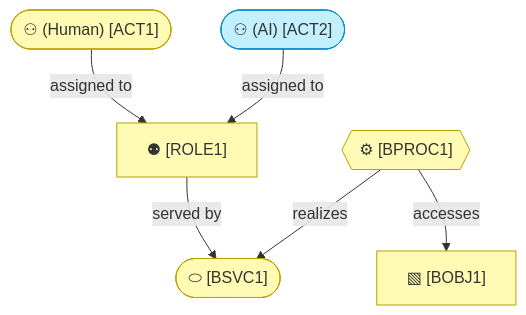
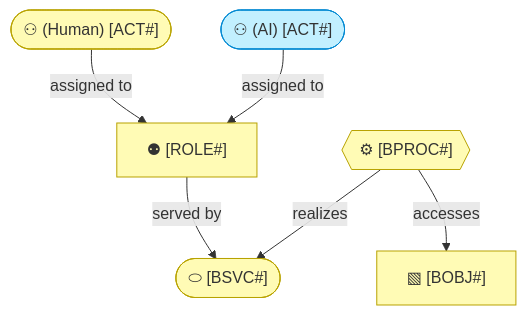
Before and after one commit to roanboc/archreator: the diagram in plugins/archreator/scaffold/architecture/2_business/README.md, drawn with Mermaid. The commit also changed 9 other files, not shown here.

````diff
--- a/plugins/archreator/scaffold/architecture/2_business/README.md
+++ b/plugins/archreator/scaffold/architecture/2_business/README.md
@@ -71,18 +71,18 @@
 ```mermaid
 flowchart TB
-  actorH(["⚇ <Who> (Human) [ACT1]"]):::business
-  actorAI(["⚇ <Who, and at what autonomy> (AI) [ACT2]"]):::application
-  role["⚉ <Role they play> [ROLE1]"]:::business
-  svc(["⬭ <What's offered> [BSVC1]"]):::business
-  proc{{"⚙ <How it's delivered> [BPROC1]"}}:::business
-  obj["▧ <What's handled> [BOBJ1]"]:::business
+  actorH(["⚇ <Who> (Human) [ACT#]"]):::business
+  actorAI(["⚇ <Who, and at what autonomy> (AI) [ACT#]"]):::application
+  role["⚉ <Role they play> [ROLE#]"]:::business
+  svc(["⬭ <What's offered> [BSVC#]"]):::business
+  proc{{"⚙ <How it's delivered> [BPROC#]"}}:::business
+  obj["▧ <What's handled> [BOBJ#]"]:::business
 
   actorH -->|assigned to| role
   actorAI -->|assigned to| role
   role -->|served by| svc
   proc -->|realizes| svc
   proc -->|accesses| obj
 
   classDef business fill:#fffbb5,stroke:#b8a200,color:#333
   classDef application fill:#c2f0ff,stroke:#0288d1,color:#333
 ```
````
